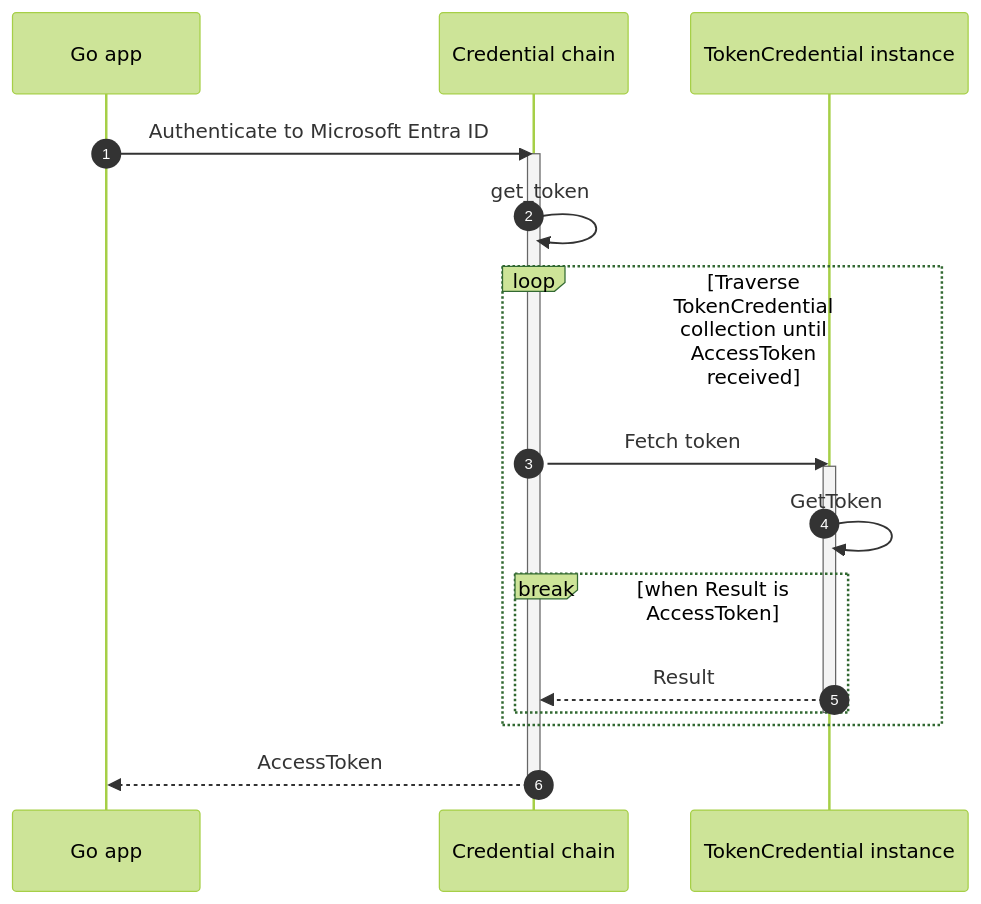
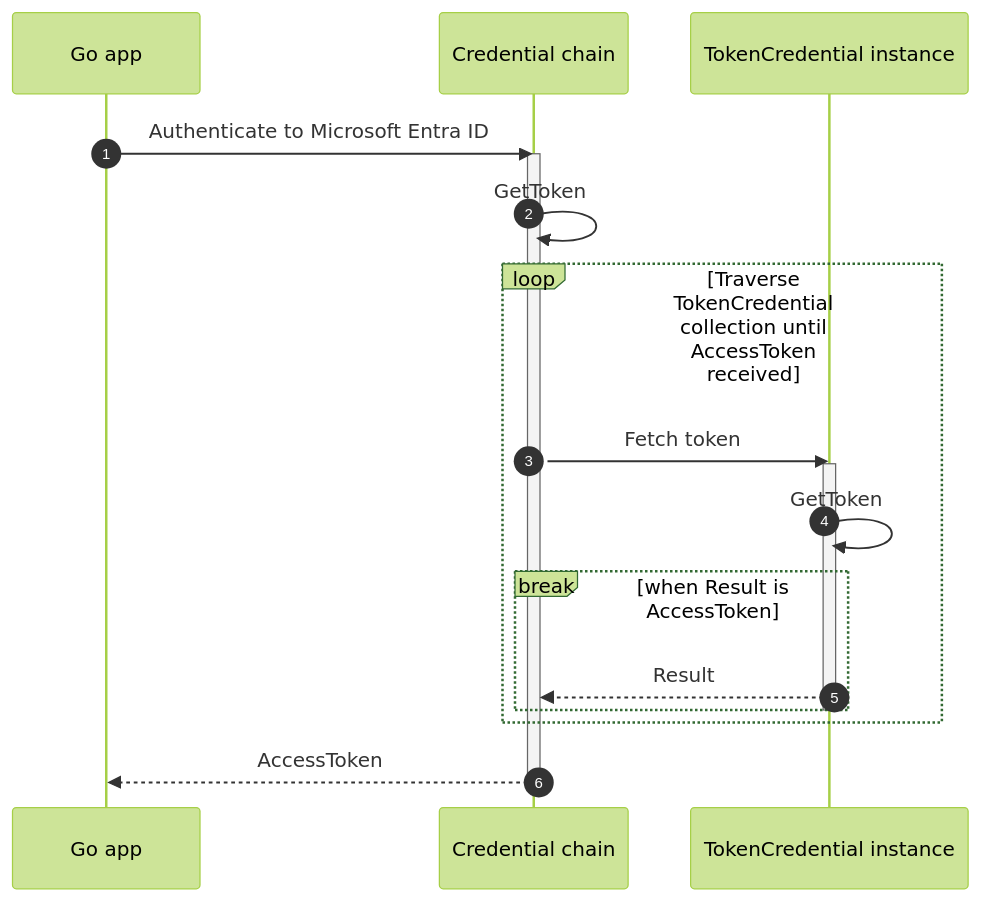
Before and after one commit to MicrosoftDocs/azure-dev-docs: the diagram in articles/go/sdk/includes/mermaidjs/chain-sequence.md, drawn with Mermaid (forest theme). The commit also changed 3 other files, not shown here.

````diff
--- a/articles/go/sdk/includes/mermaidjs/chain-sequence.md
+++ b/articles/go/sdk/includes/mermaidjs/chain-sequence.md
@@ -6,30 +6,30 @@
 ```mermaid
 %% STEPS TO GENERATE IMAGE
 %% =======================
 %% 1. Install mermaid CLI v10.9.1 (see https://github.com/mermaid-js/mermaid-cli/blob/master/README.md):
 %%    npm i -g @mermaid-js/mermaid-cli@10.9.1
 %% 2. Run command: mmdc -i chain-sequence.md -o ../../media/mermaidjs/chain-sequence.svg
 
 sequenceDiagram
   autonumber;
 
   participant A as Go app;
   participant B as Credential chain;
   participant C as TokenCredential instance;
     
   A->>B: Authenticate to Microsoft Entra ID;
   activate B;
-  B->>B: get_token;
+  B->>B: GetToken;
   loop Traverse TokenCredential collection until AccessToken received
     B->>C: Fetch token;
     activate C;
     C->>C: GetToken;
     break when Result is AccessToken
         C-->>B: Result;
     end;
     deactivate C;
   end;
   
   B-->>A: AccessToken;
   deactivate B;
 ```
````
